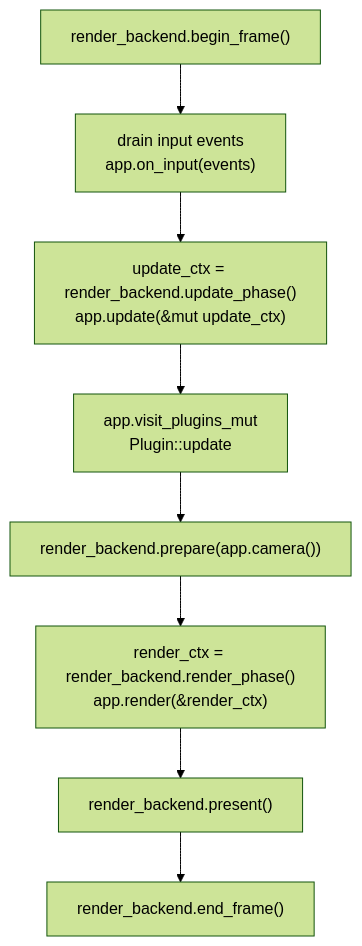
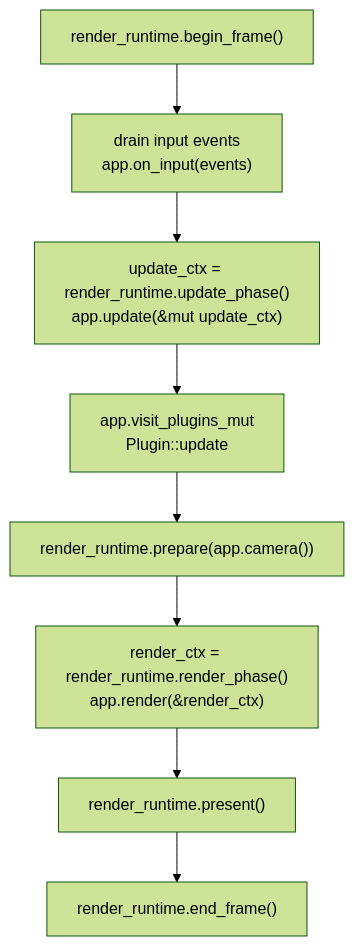
One commit to acccoco/TruvisRenderer changed the fifth of 7 diagrams in ARCHITECTURE.md. Above: the diagram before and after it, drawn with Mermaid (forest theme). The commit also changed other lines of this file and 122 other files, not shown here.

````diff
--- a/ARCHITECTURE.md
+++ b/ARCHITECTURE.md
@@ -78,10 +78,10 @@
 ```mermaid
 flowchart TD
-    BeginFrame["render_backend.begin_frame()"] --> Input["drain input events<br/>app.on_input(events)"]
-    Input --> Update["update_ctx = render_backend.update_phase()<br/>app.update(&amp;mut update_ctx)"]
+    BeginFrame["render_runtime.begin_frame()"] --> Input["drain input events<br/>app.on_input(events)"]
+    Input --> Update["update_ctx = render_runtime.update_phase()<br/>app.update(&amp;mut update_ctx)"]
     Update --> PluginUpdate["app.visit_plugins_mut<br/>Plugin::update"]
-    PluginUpdate --> Prepare["render_backend.prepare(app.camera())"]
-    Prepare --> Render["render_ctx = render_backend.render_phase()<br/>app.render(&amp;render_ctx)"]
-    Render --> Present["render_backend.present()"]
-    Present --> EndFrame["render_backend.end_frame()"]
+    PluginUpdate --> Prepare["render_runtime.prepare(app.camera())"]
+    Prepare --> Render["render_ctx = render_runtime.render_phase()<br/>app.render(&amp;render_ctx)"]
+    Render --> Present["render_runtime.present()"]
+    Present --> EndFrame["render_runtime.end_frame()"]
 ```
````
